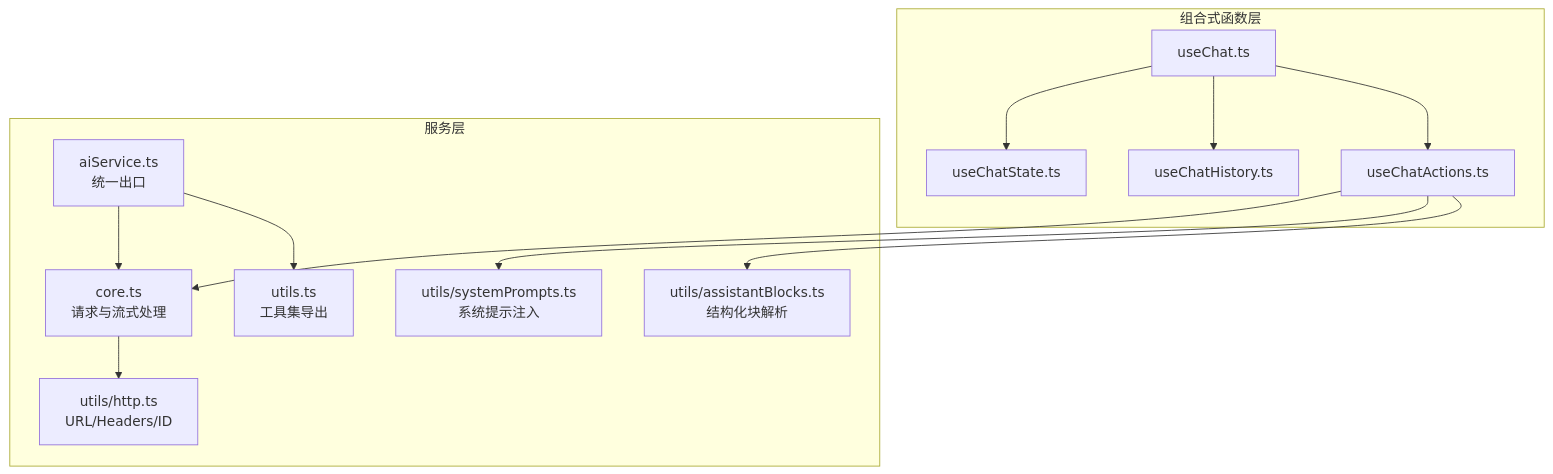
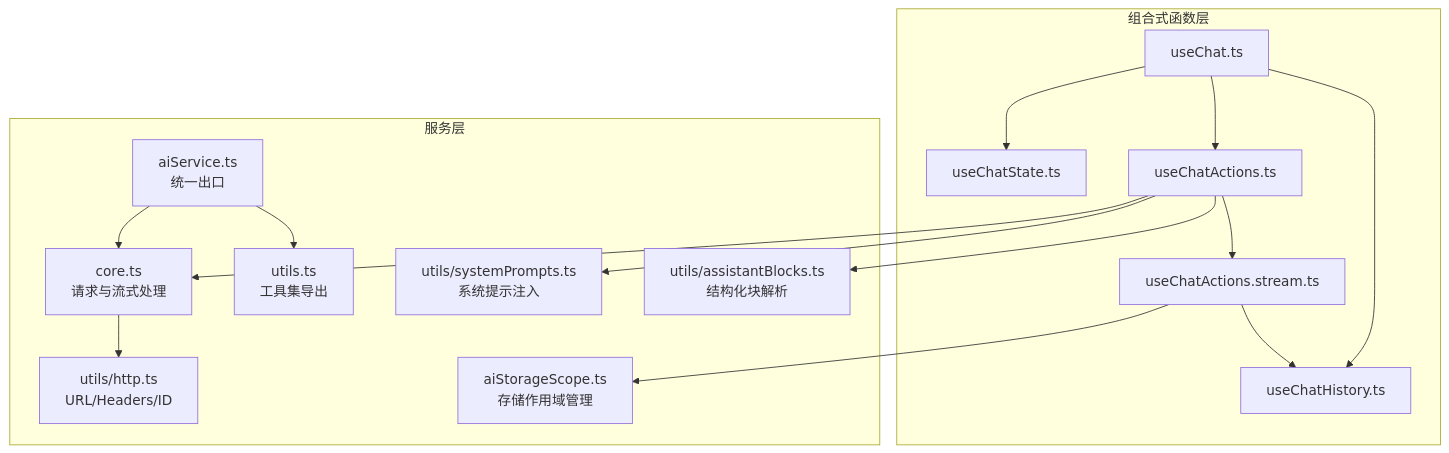
The first of 6 diagrams in .qoder/repowiki/zh/content/核心模块/AI助手系统/对话管理.md (xixixiaoyu/Todo), drawn with Mermaid before and after one commit. The commit also changed other lines of this file and 4 other files, not shown here.

````diff
--- a/.qoder/repowiki/zh/content/核心模块/AI助手系统/对话管理.md
+++ b/.qoder/repowiki/zh/content/核心模块/AI助手系统/对话管理.md
@@ -44,26 +57,31 @@
 ```mermaid
 graph TB
 subgraph "组合式函数层"
 UC["useChat.ts"]
 UCS["useChatState.ts"]
 UCH["useChatHistory.ts"]
 UCA["useChatActions.ts"]
+UCAS["useChatActions.stream.ts"]
 end
 subgraph "服务层"
 AISI["aiService.ts<br/>统一出口"]
 CORE["core.ts<br/>请求与流式处理"]
 UTILS["utils.ts<br/>工具集导出"]
 HTTPU["utils/http.ts<br/>URL/Headers/ID"]
 SYSU["utils/systemPrompts.ts<br/>系统提示注入"]
 ABU["utils/assistantBlocks.ts<br/>结构化块解析"]
+ASS["aiStorageScope.ts<br/>存储作用域管理"]
 end
 UC --> UCS
 UC --> UCH
 UC --> UCA
+UCA --> UCAS
 UCA --> CORE
 UCA --> SYSU
 UCA --> ABU
+UCAS --> UCH
+UCAS --> ASS
 CORE --> HTTPU
 AISI --> CORE
 AISI --> UTILS
 ```
````
